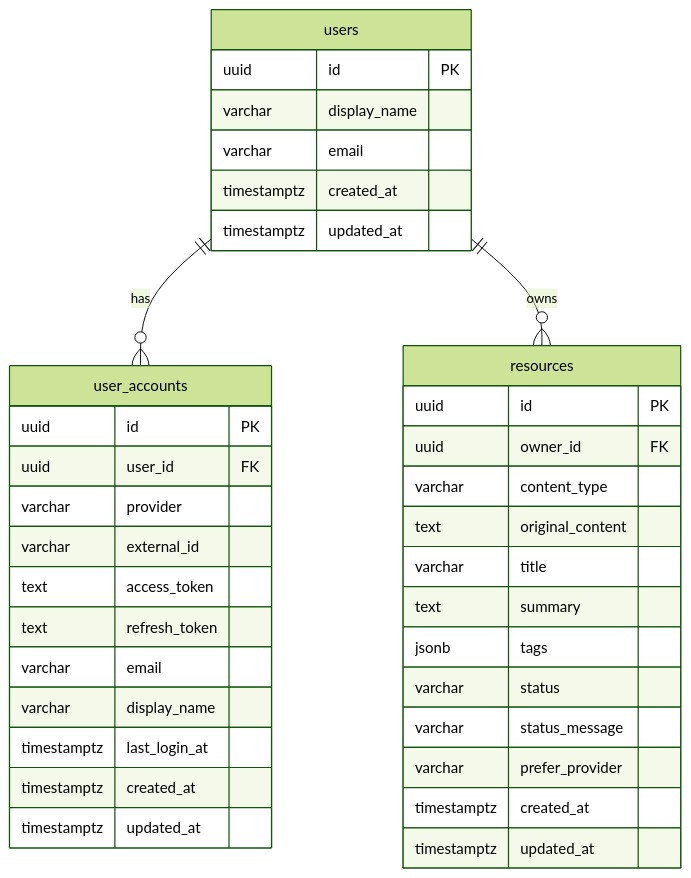
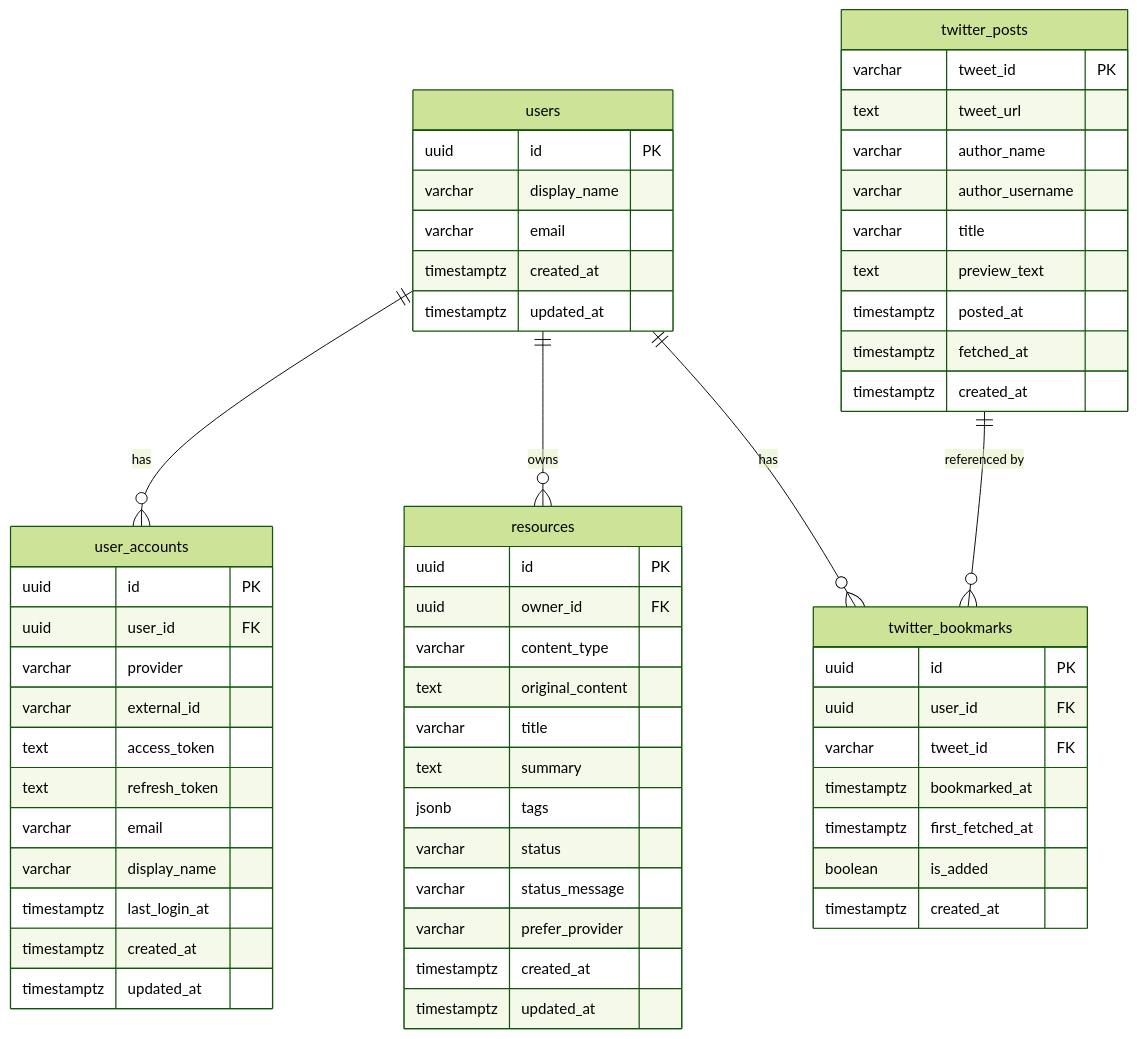
The first of 8 diagrams in docs/technical-design.md (steven05jiang/Learning-Space), drawn with Mermaid (forest theme) before and after one commit. The commit also changed other lines of this file and 7 other files, not shown here.

````diff
--- a/docs/technical-design.md
+++ b/docs/technical-design.md
@@ -189,39 +226,61 @@
 ```mermaid
 erDiagram
     users ||--o{ user_accounts : "has"
     users ||--o{ resources : owns
+    users ||--o{ twitter_bookmarks : "has"
+    twitter_posts ||--o{ twitter_bookmarks : "referenced by"
     users {
         uuid id PK
         varchar display_name
         varchar email
         timestamptz created_at
         timestamptz updated_at
+    }
+    twitter_posts {
+        varchar tweet_id PK
+        text tweet_url
+        varchar author_name
+        varchar author_username
+        varchar title
+        text preview_text
+        timestamptz posted_at
+        timestamptz fetched_at
+        timestamptz created_at
+    }
+    twitter_bookmarks {
+        uuid id PK
+        uuid user_id FK
+        varchar tweet_id FK
+        timestamptz bookmarked_at
+        timestamptz first_fetched_at
+        boolean is_added
+        timestamptz created_at
     }
     user_accounts {
         uuid id PK
         uuid user_id FK
         varchar provider
         varchar external_id
         text access_token
         text refresh_token
         varchar email
         varchar display_name
         timestamptz last_login_at
         timestamptz created_at
         timestamptz updated_at
     }
     resources {
         uuid id PK
         uuid owner_id FK
         varchar content_type
         text original_content
         varchar title
         text summary
         jsonb tags
         varchar status
         varchar status_message
         varchar prefer_provider
         timestamptz created_at
         timestamptz updated_at
     }
 ```
````
